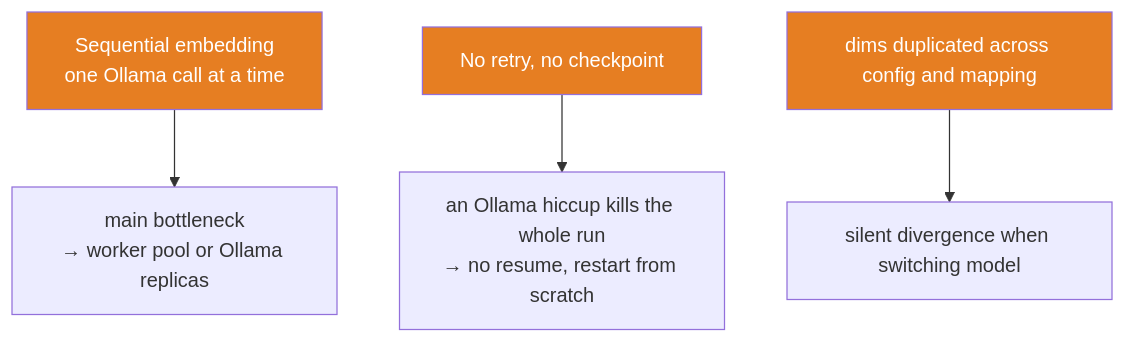
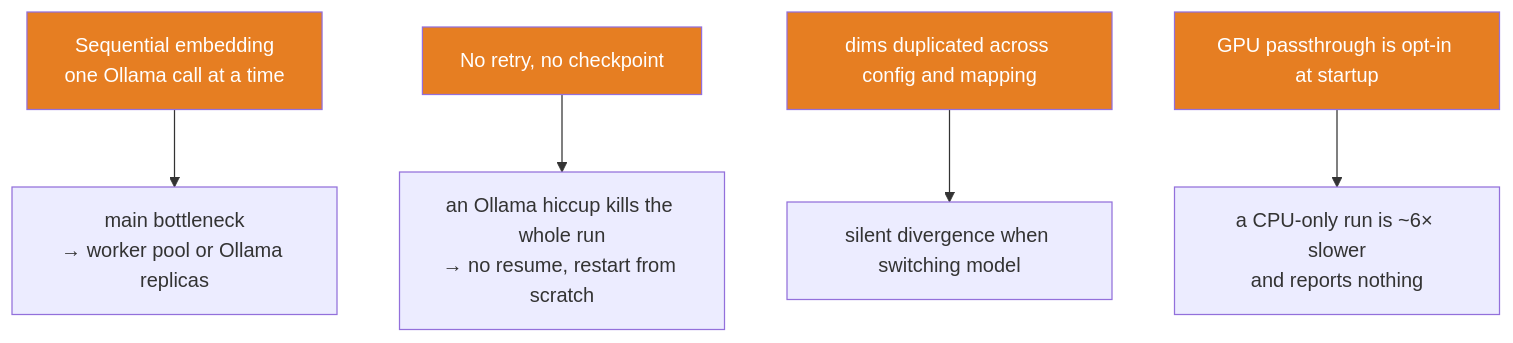
Before and after one commit to Guillaume-Gozillon/search-lab-ingest: the sixth of 6 diagrams in article-02-vector-ingestion/ARCHITECTURE.md, drawn with Mermaid. The commit also changed other lines of this file and 2 other files, not shown here.

````diff
--- a/article-02-vector-ingestion/ARCHITECTURE.md
+++ b/article-02-vector-ingestion/ARCHITECTURE.md
@@ -134,10 +143,12 @@
 ```mermaid
 flowchart TD
     L1["Sequential embedding<br/>one Ollama call at a time"] --> I1["main bottleneck<br/>→ worker pool or Ollama replicas"]
     L2["No retry, no checkpoint"] --> I2["an Ollama hiccup kills the whole run<br/>→ no resume, restart from scratch"]
     L3["dims duplicated across config and mapping"] --> I3["silent divergence when switching model"]
+    L4["GPU passthrough is opt-in at startup"] --> I4["a CPU-only run is ~6× slower<br/>and reports nothing"]
 
     style L1 fill:#e67e22,color:#fff
     style L2 fill:#e67e22,color:#fff
     style L3 fill:#e67e22,color:#fff
+    style L4 fill:#e67e22,color:#fff
 ```
````
